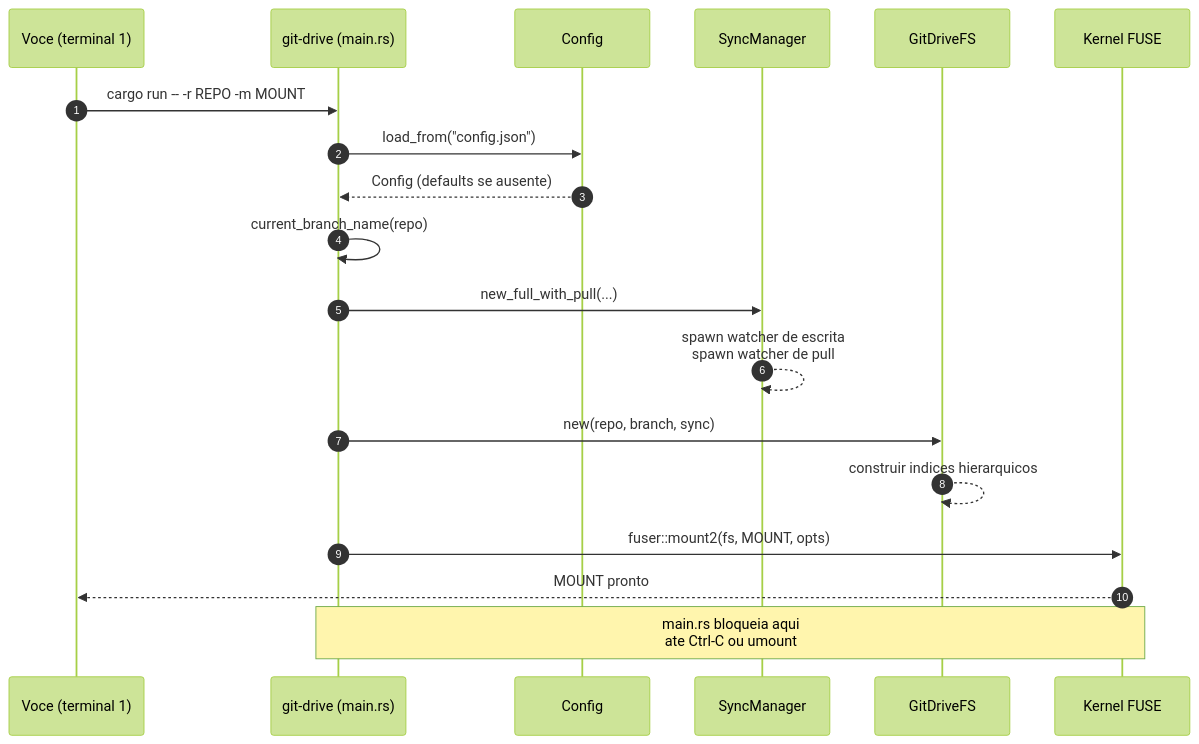
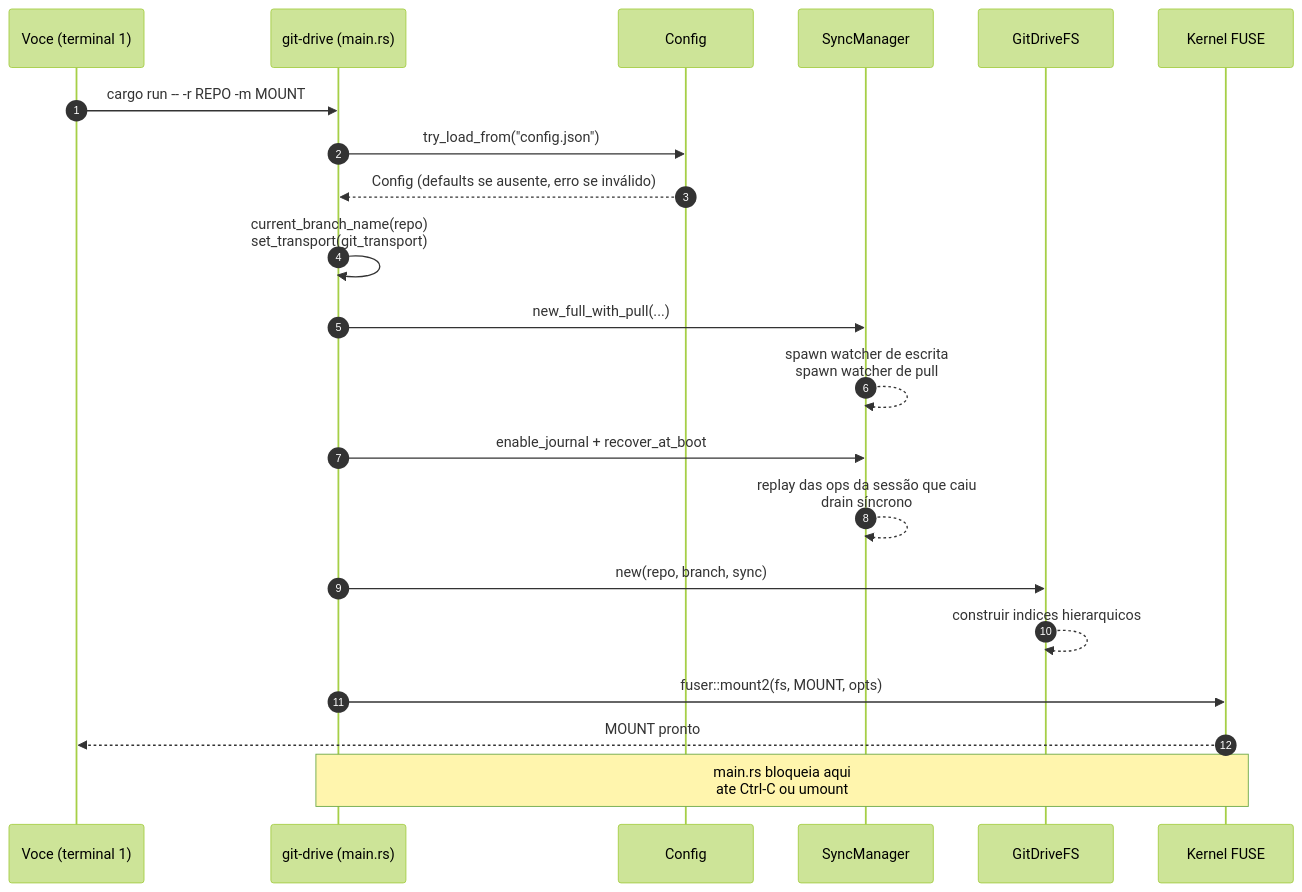
One commit to giacomeli/git-drive changed the second of 2 diagrams in docs/pt-br/uso.md. Above: the diagram before and after it, drawn with Mermaid (forest theme). The commit also changed other lines of this file and 8 other files, not shown here.

````diff
--- a/docs/pt-br/uso.md
+++ b/docs/pt-br/uso.md
@@ -259,21 +281,23 @@
 ```mermaid
 sequenceDiagram
     autonumber
     participant U as Voce (terminal 1)
     participant M as git-drive (main.rs)
     participant C as Config
     participant S as SyncManager
     participant F as GitDriveFS
     participant K as Kernel FUSE
     U->>M: cargo run -- -r REPO -m MOUNT
-    M->>C: load_from("config.json")
-    C-->>M: Config (defaults se ausente)
-    M->>M: current_branch_name(repo)
+    M->>C: try_load_from("config.json")
+    C-->>M: Config (defaults se ausente, erro se inválido)
+    M->>M: current_branch_name(repo)<br/>set_transport(git_transport)
     M->>S: new_full_with_pull(...)
     S-->>S: spawn watcher de escrita<br/>spawn watcher de pull
+    M->>S: enable_journal + recover_at_boot
+    S-->>S: replay das ops da sessão que caiu<br/>drain síncrono
     M->>F: new(repo, branch, sync)
     F-->>F: construir indices hierarquicos
     M->>K: fuser::mount2(fs, MOUNT, opts)
     K-->>U: MOUNT pronto
     Note over M,K: main.rs bloqueia aqui<br/>ate Ctrl-C ou umount
 ```
````
